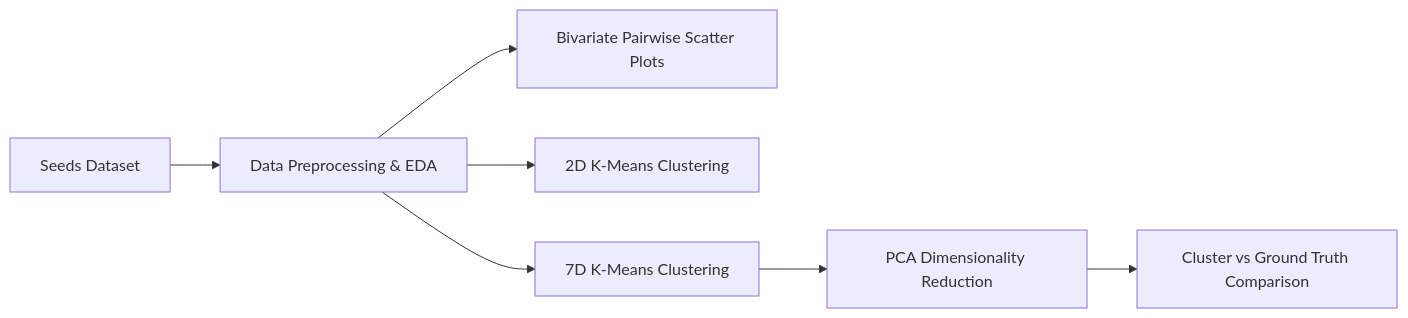
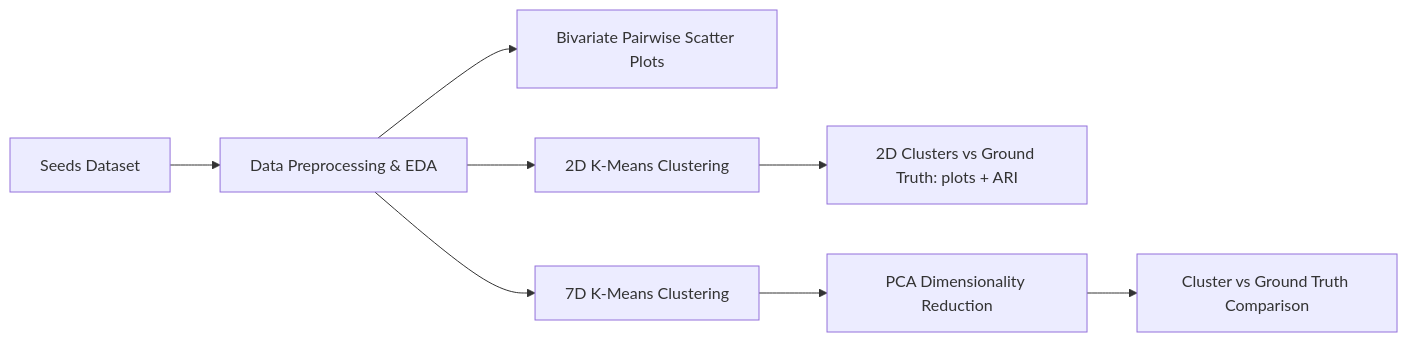
The diagram in README.md (ShibilAhamed701212/seeds-clustering-pca-analysis), drawn with Mermaid before and after one commit. The commit also changed other lines of this file and 5 other files, not shown here.

````diff
--- a/README.md
+++ b/README.md
@@ -51,9 +53,10 @@
 ```mermaid
 flowchart LR
     A[Seeds Dataset] --> B[Data Preprocessing & EDA]
     B --> C[Bivariate Pairwise Scatter Plots]
     B --> D[2D K-Means Clustering]
+    D --> H[2D Clusters vs Ground Truth: plots + ARI]
     B --> E[7D K-Means Clustering]
     E --> F[PCA Dimensionality Reduction]
     F --> G[Cluster vs Ground Truth Comparison]
 ```
````
